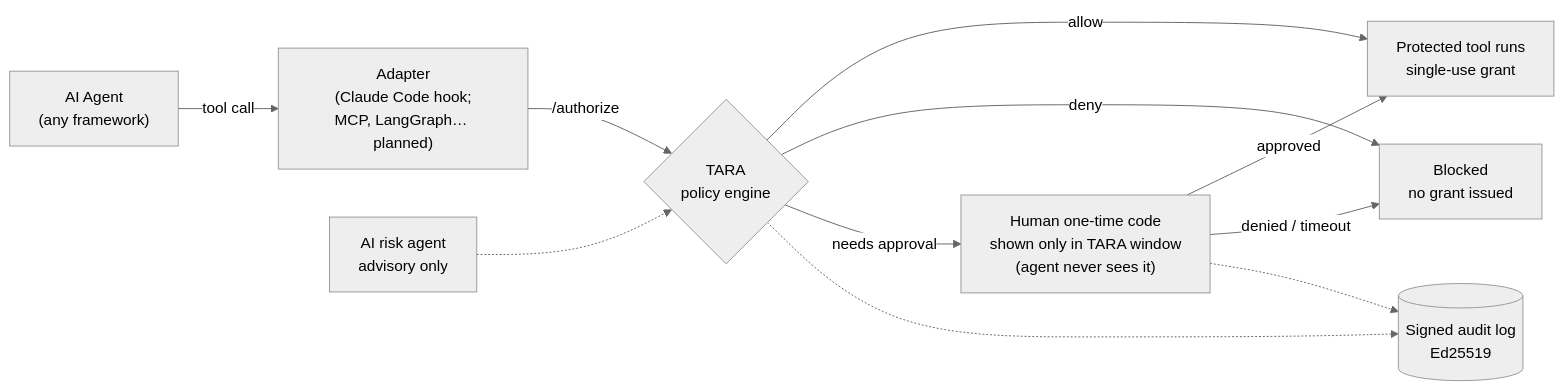
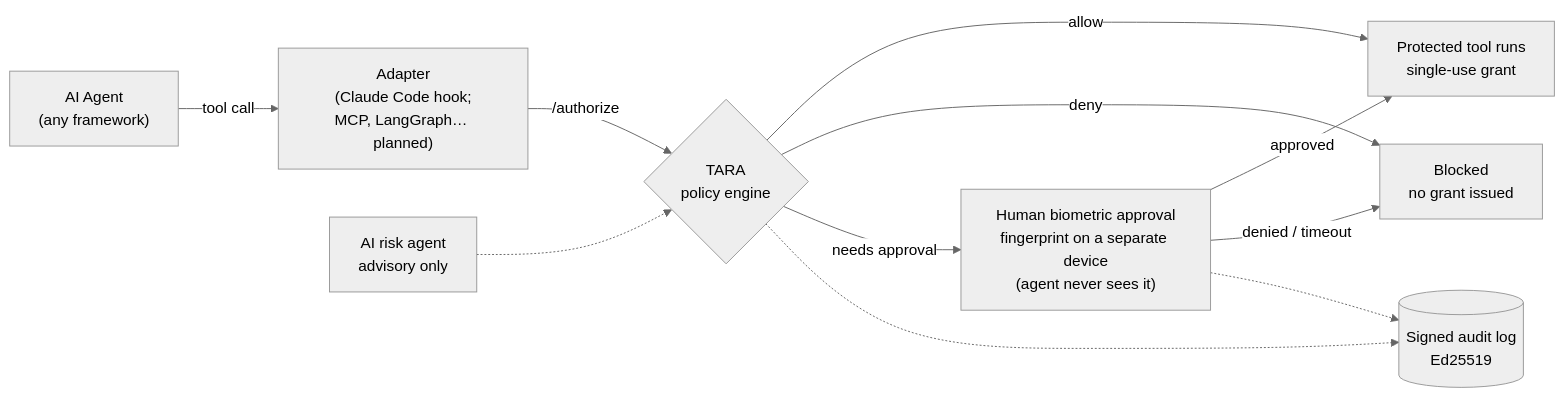
One commit to manju-reddyy/TARA changed the diagram in README.md. Above: the diagram before and after it, drawn with Mermaid (neutral theme). The commit also changed other lines of this file and 7 other files, not shown here.

First line of the commit message:
Reframe human approval as biometric (fingerprint), not one-time code

````diff
--- a/README.md
+++ b/README.md
@@ -22,13 +22,13 @@
 ```mermaid
 flowchart LR
     A["AI Agent<br/>(any framework)"] -->|tool call| B["Adapter<br/>(Claude Code hook;<br/>MCP, LangGraph… planned)"]
     B -->|/authorize| C{"TARA<br/>policy engine"}
     C -->|allow| D["Protected tool runs<br/>single-use grant"]
     C -->|deny| E["Blocked<br/>no grant issued"]
-    C -->|needs approval| F["Human one-time code<br/>shown only in TARA window<br/>(agent never sees it)"]
+    C -->|needs approval| F["Human biometric approval<br/>fingerprint on a separate device<br/>(agent never sees it)"]
     F -->|approved| D
     F -->|denied / timeout| E
     R["AI risk agent<br/>advisory only"] -.-> C
     C -.-> L[("Signed audit log<br/>Ed25519")]
     F -.-> L
 ```
````
